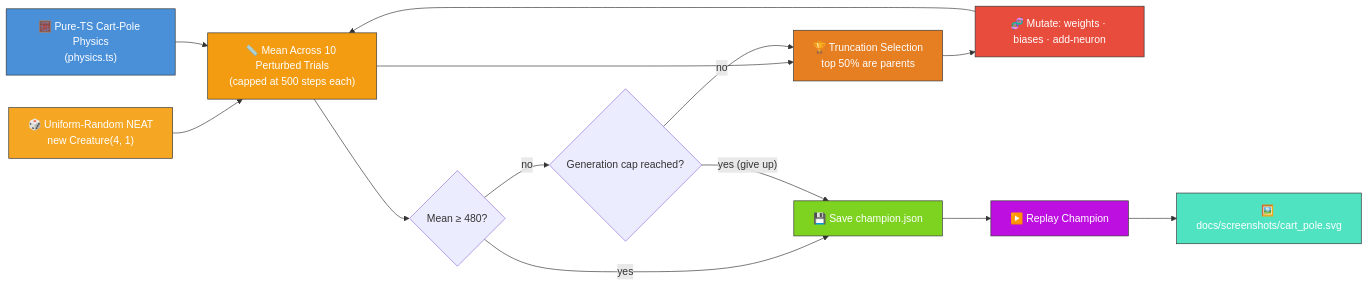
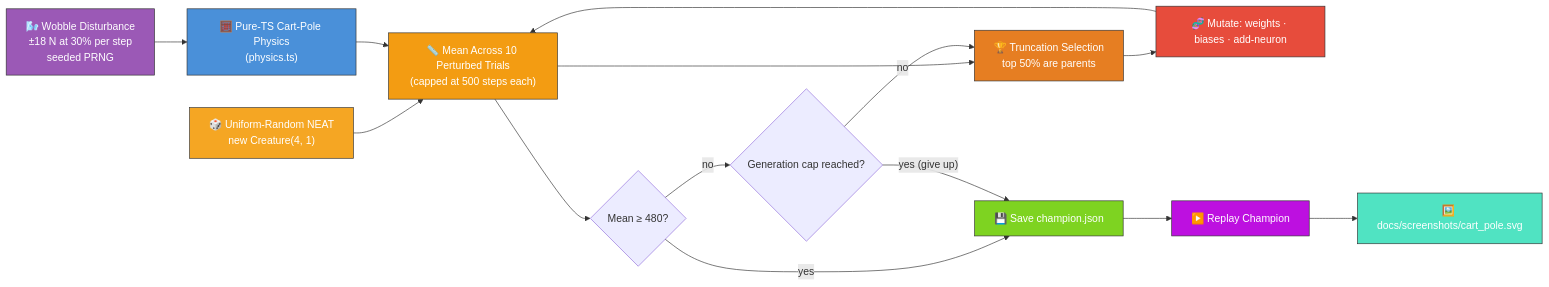
Before and after one commit to stSoftwareAU/NEAT-AI-Examples: the diagram in cart_pole/README.md, drawn with Mermaid. The commit also changed other lines of this file and 6 other files, not shown here.

````diff
--- a/cart_pole/README.md
+++ b/cart_pole/README.md
@@ -18,35 +31,38 @@
 ```mermaid
 flowchart LR
     PHYS["🧮 Pure-TS Cart-Pole Physics<br/>(physics.ts)"]
+    WOBBLE["🌬️ Wobble Disturbance<br/>±18 N at 30% per step<br/>seeded PRNG"]
     INIT["🎲 Uniform-Random NEAT<br/>new Creature(4, 1)"]
     SCORE["📏 Mean Across 10 Perturbed Trials<br/>(capped at 500 steps each)"]
     SELECT["🏆 Truncation Selection<br/>top 50% are parents"]
     MUTATE["🧬 Mutate: weights · biases · add-neuron"]
     SOLVED{"Mean ≥ 480?"}
     CAP{"Generation cap reached?"}
     CHAMP["💾 Save champion.json"]
     RUN["▶️ Replay Champion"]
     SVG["🖼️ docs/screenshots/cart_pole.svg"]
 
     INIT --> SCORE
     PHYS --> SCORE
+    WOBBLE --> PHYS
     SCORE --> SELECT
     SELECT --> MUTATE
     MUTATE --> SCORE
     SCORE --> SOLVED
     SOLVED -- yes --> CHAMP
     SOLVED -- no --> CAP
     CAP -- no --> SELECT
     CAP -- yes (give up) --> CHAMP
     CHAMP --> RUN
     RUN --> SVG
 
     style PHYS fill:#4a90d9,stroke:#333,color:#fff
+    style WOBBLE fill:#9b59b6,stroke:#333,color:#fff
     style INIT fill:#f5a623,stroke:#333,color:#fff
     style SCORE fill:#f39c12,stroke:#333,color:#fff
     style SELECT fill:#e67e22,stroke:#333,color:#fff
     style MUTATE fill:#e74c3c,stroke:#333,color:#fff
     style CHAMP fill:#7ed321,stroke:#333,color:#fff
     style RUN fill:#bd10e0,stroke:#333,color:#fff
     style SVG fill:#50e3c2,stroke:#333,color:#fff
 ```
````
